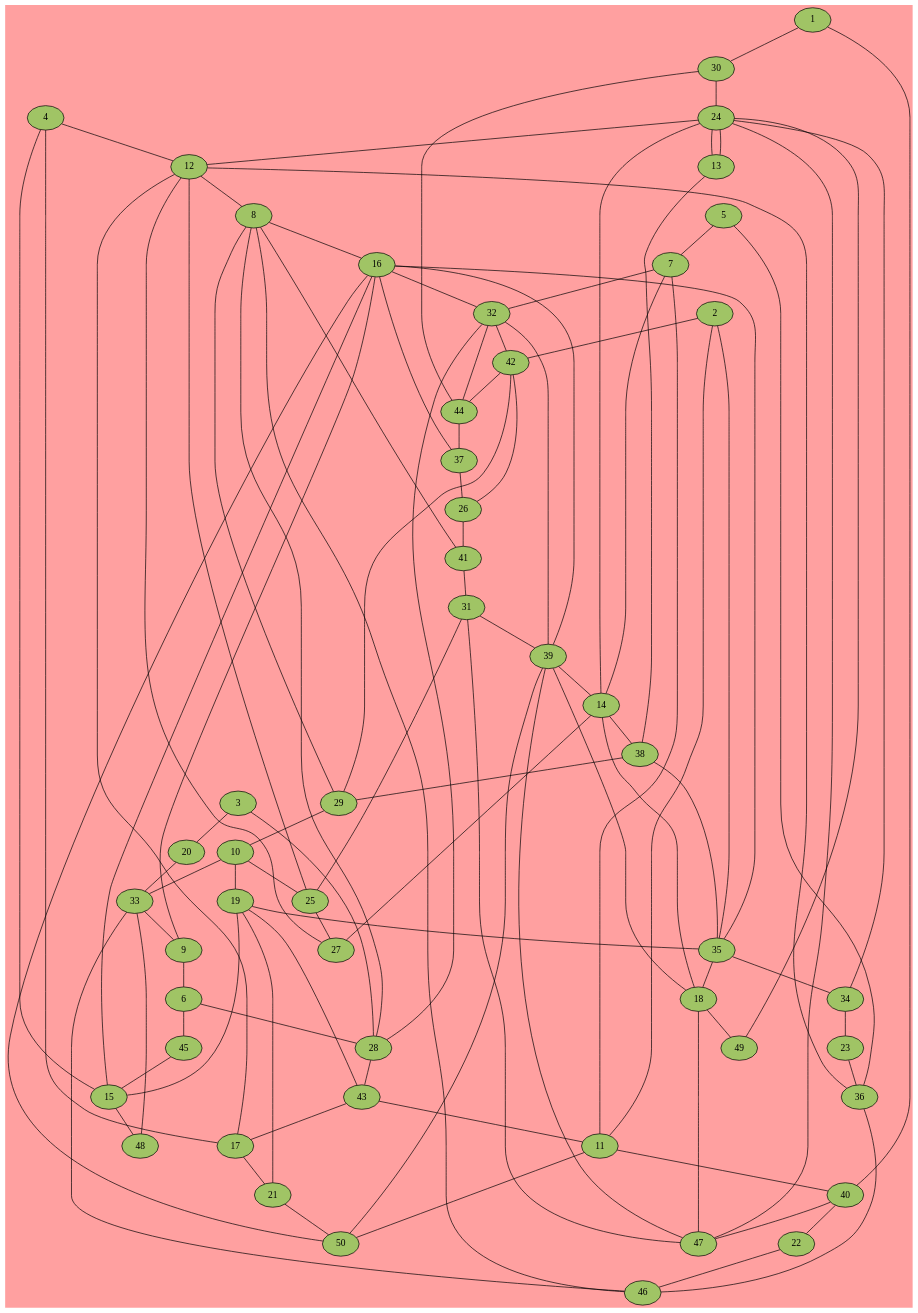
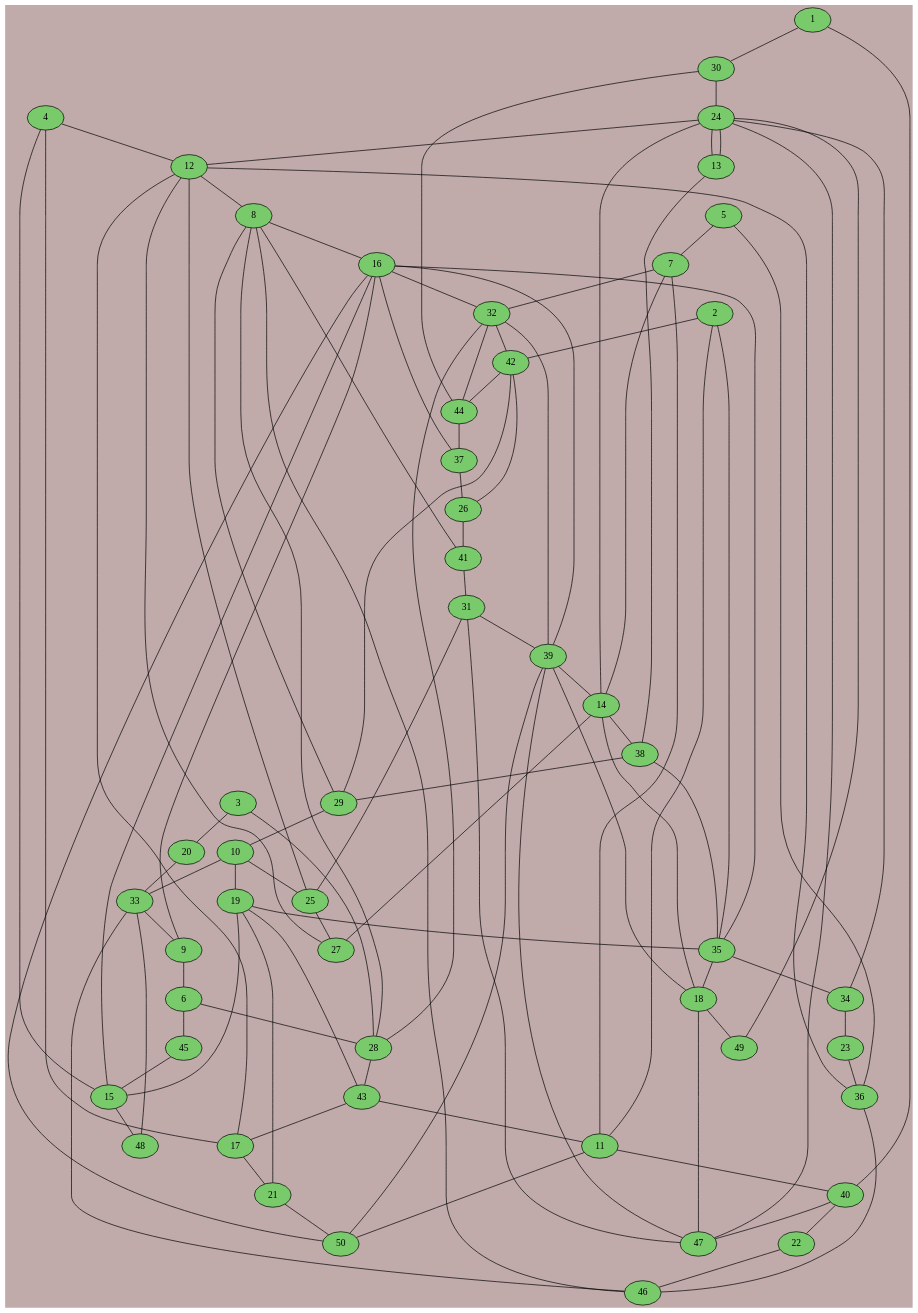
The diagram in lqXDot_test/gallery/transparency.gv (CapelliC/loqt), drawn with Graphviz before and after one commit. The commit also changed 3 other files, not shown here.

```diff
--- a/lqXDot_test/gallery/transparency.gv
+++ b/lqXDot_test/gallery/transparency.gv
@@ -1,105 +1,105 @@
 graph G {
 //	graph [splines=true overlap=false]
-        graph [truecolor=yes bgcolor="#ff00005f"]
+	graph [truecolor=yes bgcolor="#44000055"]
 	node [style=filled fillcolor="#00ff005f"]
 	1 -- 30 [f=1];
 	1 -- 40 [f=14];
 	8 -- 46 [f=1];
 	8 -- 16 [f=18];
 	10 -- 25 [f=1];
 	10 -- 19 [f=5];
 	10 -- 33 [f=1];
 	12 -- 8 [f=1];
 	12 -- 36 [f=5];
 	12 -- 17 [f=16];
 	13 -- 38 [f=1];
 	13 -- 24 [f=19];
 	24 -- 49 [f=1];
 	24 -- 13 [f=1];
 	24 -- 47 [f=12];
 	24 -- 12 [f=19];
 	25 -- 27 [f=1];
 	25 -- 12 [f=1];
 	27 -- 12 [f=1];
 	27 -- 14 [f=8];
 	29 -- 10 [f=1];
 	29 -- 8 [f=17];
 	30 -- 24 [f=1];
 	30 -- 44 [f=15];
 	38 -- 29 [f=1];
 	38 -- 35 [f=15];
 	2 -- 42 [f=2];
 	2 -- 35 [f=3];
 	2 -- 11 [f=19];
 	14 -- 18 [f=2];
 	14 -- 24 [f=15];
 	14 -- 38 [f=18];
 	18 -- 49 [f=2];
 	18 -- 47 [f=20];
 	26 -- 41 [f=2];
 	26 -- 42 [f=15];
 	31 -- 39 [f=2];
 	31 -- 47 [f=17];
 	31 -- 25 [f=14];
 	37 -- 26 [f=2];
 	37 -- 16 [f=14];
 	39 -- 50 [f=2];
 	39 -- 14 [f=2];
 	39 -- 18 [f=17];
 	39 -- 47 [f=10];
 	41 -- 31 [f=2];
 	41 -- 8 [f=16];
 	42 -- 44 [f=2];
 	42 -- 29 [f=12];
 	44 -- 37 [f=2];
 	44 -- 32 [f=15];
 	3 -- 20 [f=2];
 	3 -- 28 [f=19];
 	6 -- 45 [f=2];
 	6 -- 28 [f=10];
 	9 -- 6 [f=2];
 	9 -- 16 [f=1];
 	15 -- 16 [f=2];
 	15 -- 48 [f=2];
 	16 -- 50 [f=2];
 	16 -- 32 [f=14];
 	16 -- 39 [f=8];
 	20 -- 33 [f=2];
 	33 -- 9 [f=2];
 	33 -- 46 [f=3];
 	33 -- 48 [f=17];
 	45 -- 15 [f=2];
 	4 -- 17 [f=4];
 	4 -- 15 [f=6];
 	4 -- 12 [f=16];
 	17 -- 21 [f=4];
 	19 -- 35 [f=4];
 	19 -- 15 [f=9];
 	19 -- 43 [f=4];
 	21 -- 19 [f=4];
 	21 -- 50 [f=4];
 	23 -- 36 [f=4];
 	34 -- 23 [f=4];
 	34 -- 24 [f=11];
 	35 -- 34 [f=4];
 	35 -- 16 [f=6];
 	35 -- 18 [f=16];
 	36 -- 46 [f=4];
 	5 -- 7 [f=1];
 	5 -- 36 [f=6];
 	7 -- 32 [f=1];
 	7 -- 11 [f=2];
 	7 -- 14 [f=17];
 	11 -- 40 [f=1];
 	11 -- 50 [f=1];
 	22 -- 46 [f=1];
 	28 -- 43 [f=1];
 	28 -- 8 [f=18];
 	32 -- 28 [f=1];
 	32 -- 39 [f=13];
 	32 -- 42 [f=15];
 	40 -- 22 [f=1];
 	40 -- 47 [f=1];
 	43 -- 11 [f=1];
 	43 -- 17 [f=19];
 }
```
